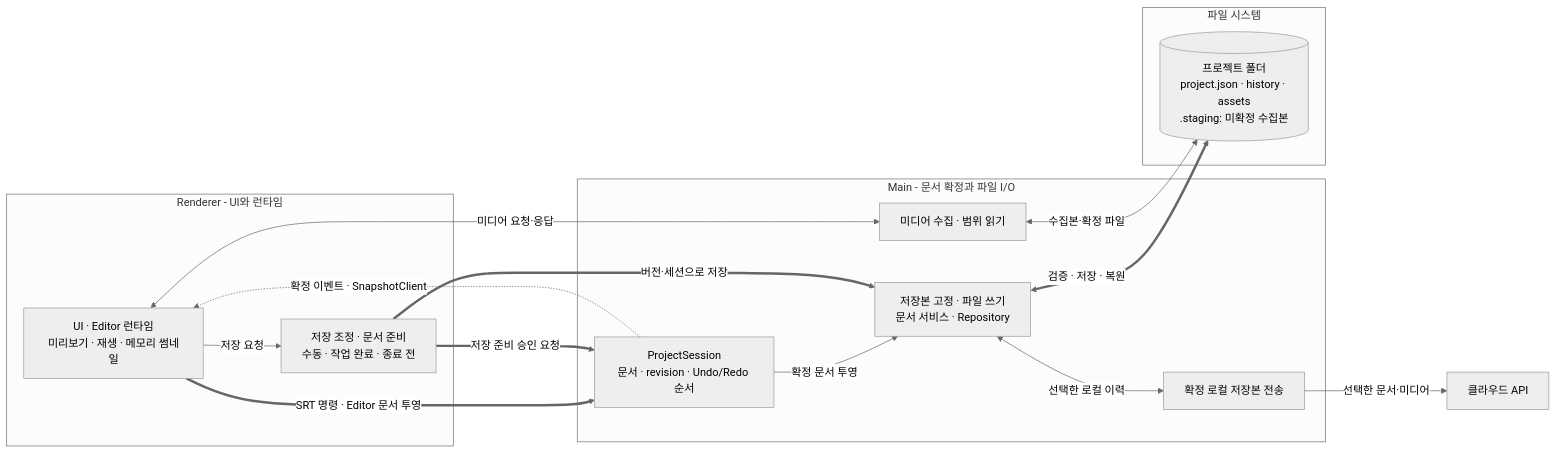
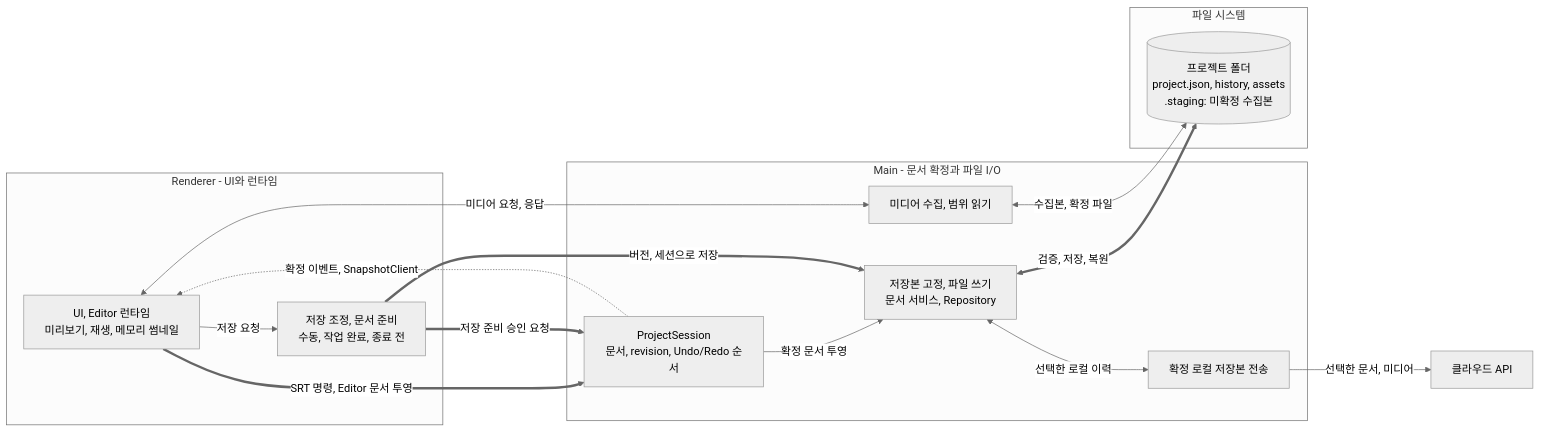
The diagram in content/posts/electron-main-process-ssot-save-recovery.md (whizzkid1452/blog), drawn with Mermaid (neutral theme) before and after one commit. The commit also changed other lines of this file and 26 other files, not shown here.

````diff
--- a/content/posts/electron-main-process-ssot-save-recovery.md
+++ b/content/posts/electron-main-process-ssot-save-recovery.md
@@ -94,31 +94,31 @@
 ```mermaid
 flowchart LR
     subgraph Renderer["Renderer - UI와 런타임"]
-        UI["UI · Editor 런타임<br/>미리보기 · 재생 · 메모리 썸네일"]
-        Coordinator["저장 조정 · 문서 준비<br/>수동 · 작업 완료 · 종료 전"]
+        UI["UI, Editor 런타임<br/>미리보기, 재생, 메모리 썸네일"]
+        Coordinator["저장 조정, 문서 준비<br/>수동, 작업 완료, 종료 전"]
         UI -->|"저장 요청"| Coordinator
     end
 
     subgraph Main["Main - 문서 확정과 파일 I/O"]
-        Session["ProjectSession<br/>문서 · revision · Undo/Redo 순서"]
-        Save["저장본 고정 · 파일 쓰기<br/>문서 서비스 · Repository"]
-        Media["미디어 수집 · 범위 읽기"]
+        Session["ProjectSession<br/>문서, revision, Undo/Redo 순서"]
+        Save["저장본 고정, 파일 쓰기<br/>문서 서비스, Repository"]
+        Media["미디어 수집, 범위 읽기"]
         CloudSync["확정 로컬 저장본 전송"]
-        UI ==>|"SRT 명령 · Editor 문서 투영"| Session
-        Session -.->|"확정 이벤트 · SnapshotClient"| UI
+        UI ==>|"SRT 명령, Editor 문서 투영"| Session
+        Session -.->|"확정 이벤트, SnapshotClient"| UI
         Coordinator ==>|"저장 준비 승인 요청"| Session
         Session -->|"확정 문서 투영"| Save
-        Coordinator ==>|"버전·세션으로 저장"| Save
-        UI <-->|"미디어 요청·응답"| Media
+        Coordinator ==>|"버전, 세션으로 저장"| Save
+        UI <-->|"미디어 요청, 응답"| Media
         Save <-->|"선택한 로컬 이력"| CloudSync
     end
 
     subgraph Storage["파일 시스템"]
-        Folder[("프로젝트 폴더<br/>project.json · history · assets<br/>.staging: 미확정 수집본")]
-        Save <==>|"검증 · 저장 · 복원"| Folder
-        Media <-->|"수집본·확정 파일"| Folder
+        Folder[("프로젝트 폴더<br/>project.json, history, assets<br/>.staging: 미확정 수집본")]
+        Save <==>|"검증, 저장, 복원"| Folder
+        Media <-->|"수집본, 확정 파일"| Folder
     end
 
     Cloud["클라우드 API"]
-    CloudSync -->|"선택한 문서·미디어"| Cloud
+    CloudSync -->|"선택한 문서, 미디어"| Cloud
 ```
````
